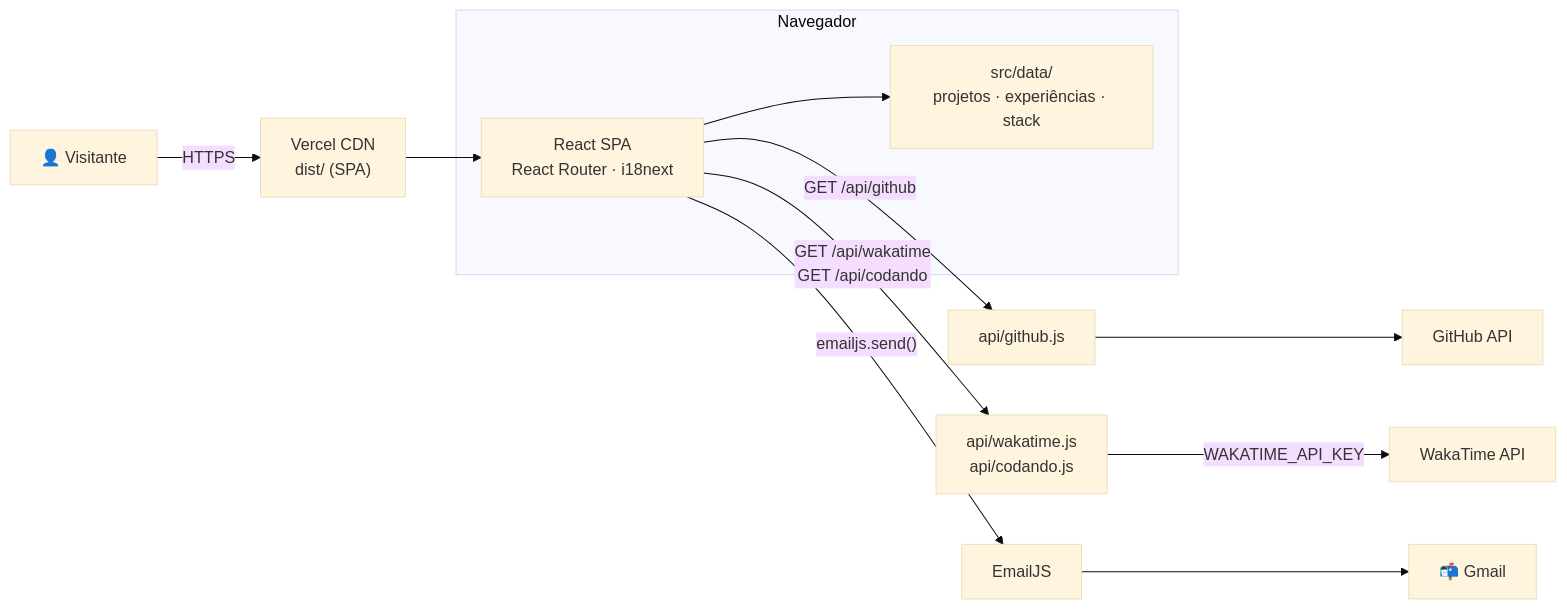
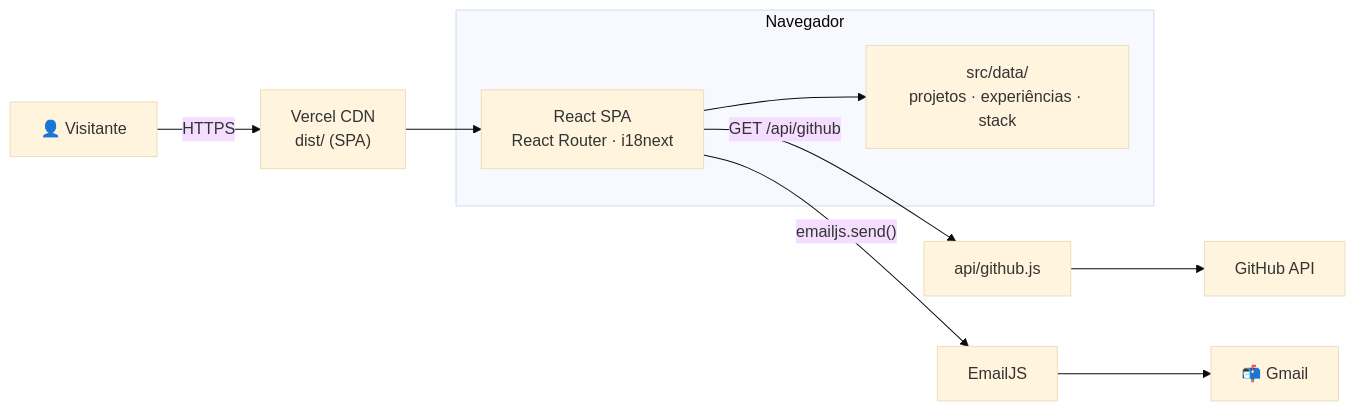
One commit to PedroFelipeBastos/Portfolio changed the diagram in README.md. Above: the diagram before and after it, drawn with Mermaid (base theme). The commit also changed other lines of this file, not shown here.

````diff
--- a/README.md
+++ b/README.md
@@ -162,19 +162,17 @@
 ```mermaid
 flowchart LR
   V["👤 Visitante"] -->|HTTPS| CDN["Vercel CDN<br/>dist/ (SPA)"]
 
   subgraph NAV["Navegador"]
     SPA["React SPA<br/>React Router · i18next"]
     DATA["src/data/<br/>projetos · experiências · stack"]
     SPA --> DATA
   end
 
   CDN --> SPA
   SPA -->|"GET /api/github"| FG["api/github.js"]
-  SPA -->|"GET /api/wakatime<br/>GET /api/codando"| FW["api/wakatime.js<br/>api/codando.js"]
   SPA -->|"emailjs.send()"| EJ["EmailJS"]
 
   FG --> GH["GitHub API"]
-  FW -->|"WAKATIME_API_KEY"| WT["WakaTime API"]
   EJ --> MAIL["📬 Gmail"]
 ```
````
